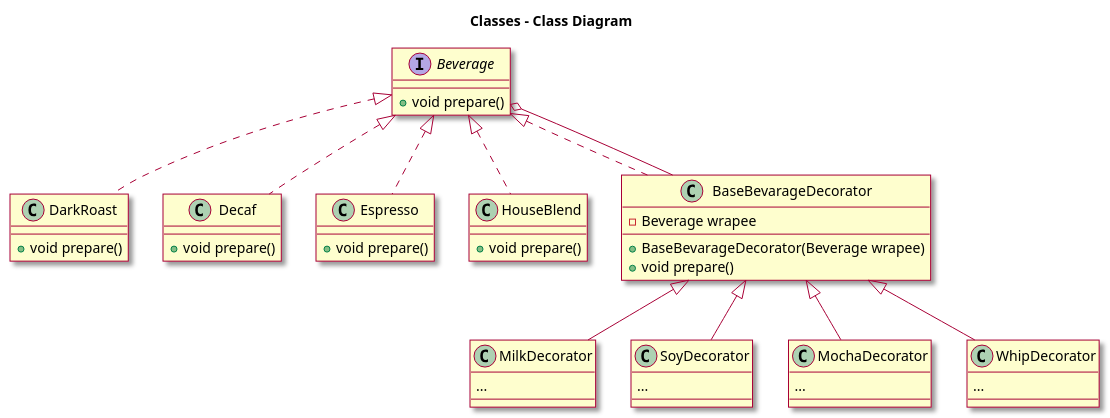
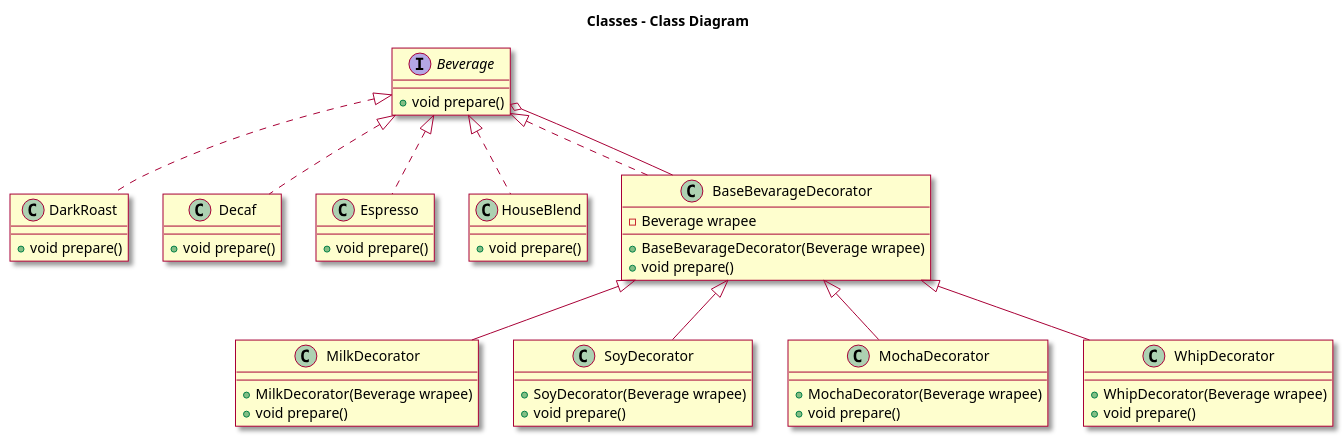
One commit to A00820449/lab2-software-design changed the diagram in plantuml.wsd. Above: the diagram before and after it, drawn with PlantUML.

Commit message:
updated class diagram

```diff
--- a/plantuml.wsd
+++ b/plantuml.wsd
@@ -1,51 +1,55 @@
 @startuml class
 
 skin rose
 
 title Classes - Class Diagram
 
 interface Beverage {
     +void prepare()
 }
 
 class DarkRoast implements Beverage {
     +void prepare()
 }
 
 class Decaf implements Beverage {
     +void prepare()
 }
 
 class Espresso implements Beverage {
     +void prepare()
 }
 
 class HouseBlend implements Beverage {
     +void prepare()
 }
 
 class BaseBevarageDecorator implements Beverage {
     -Beverage wrapee
     +BaseBevarageDecorator(Beverage wrapee)
     +void prepare()
 }
 
 BaseBevarageDecorator --o Beverage
 
 class MilkDecorator extends BaseBevarageDecorator {
-    ...
+    +MilkDecorator(Beverage wrapee)
+    +void prepare()
 }
 
 class SoyDecorator extends BaseBevarageDecorator {
-    ...
+    +SoyDecorator(Beverage wrapee)
+    +void prepare()
 }
 
 class MochaDecorator extends BaseBevarageDecorator {
-    ...
+    +MochaDecorator(Beverage wrapee)
+    +void prepare()
 }
 
 class WhipDecorator extends BaseBevarageDecorator {
-    ...
+    +WhipDecorator(Beverage wrapee)
+    +void prepare()
 }
 
 @enduml
```
